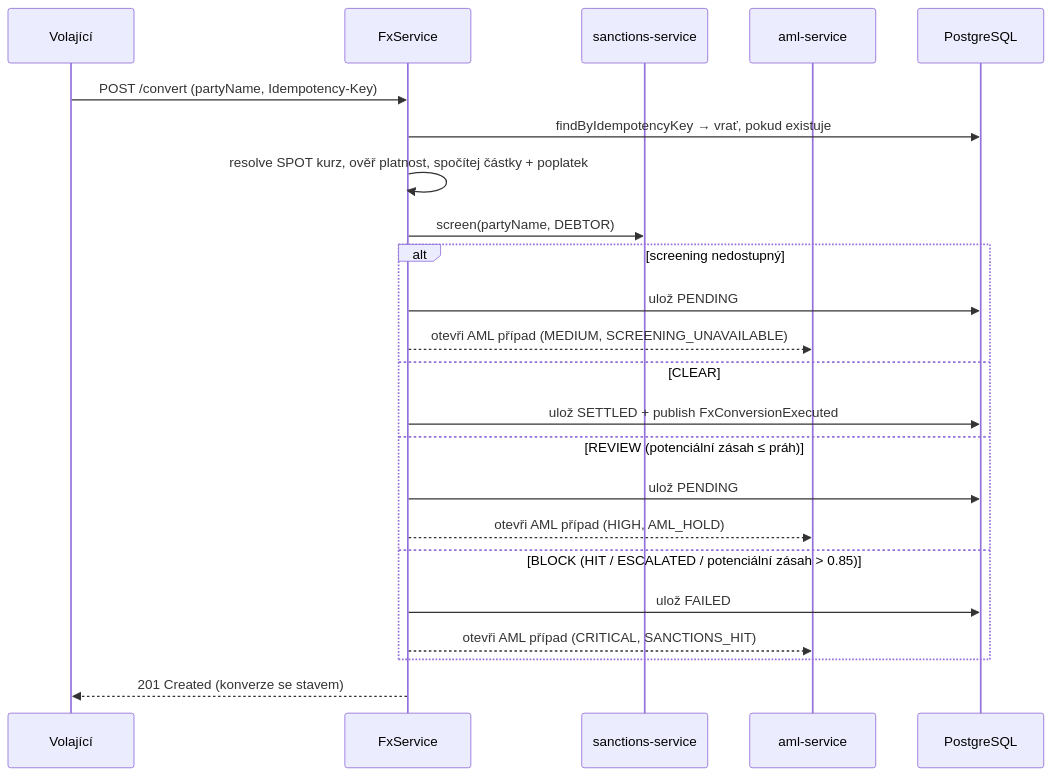
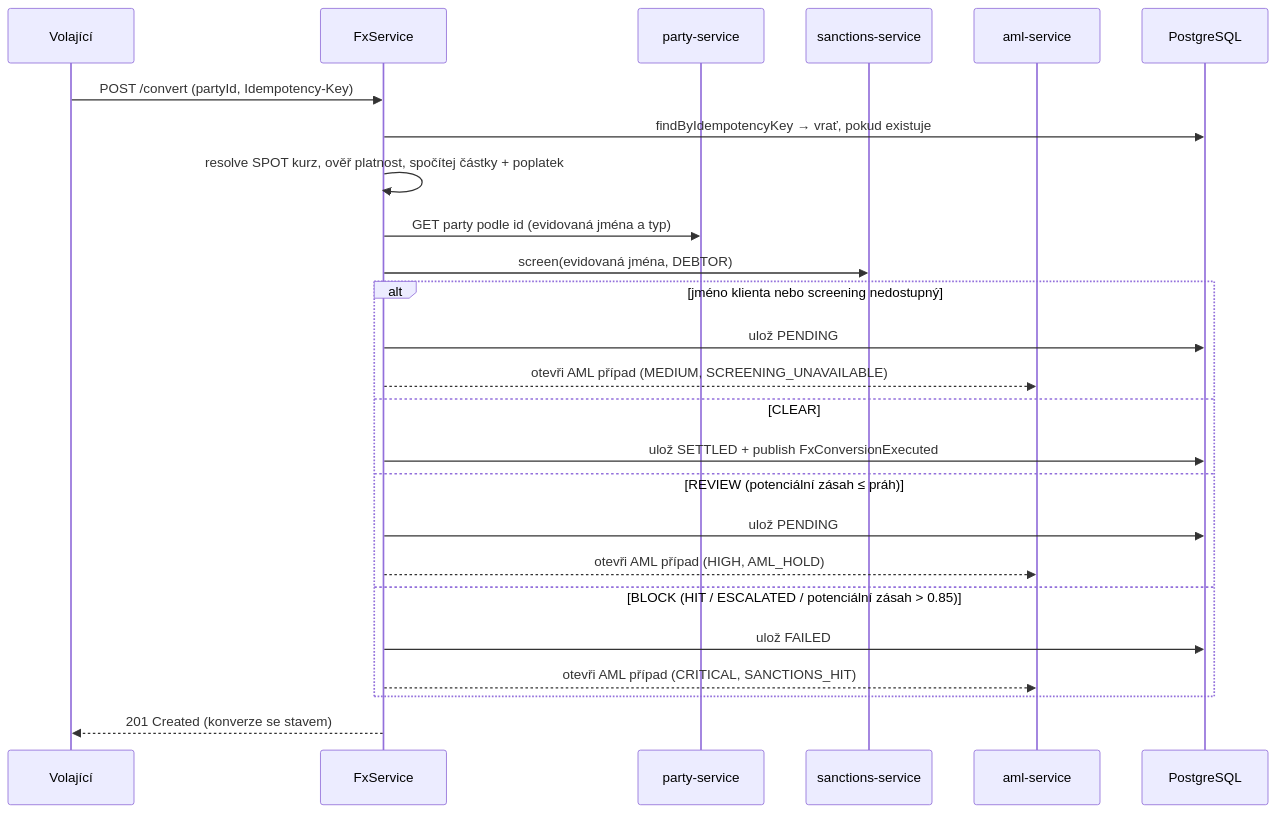
Before and after one commit to JiRaska/open-bank-oss: the third of 4 diagrams in openbank-fx-service/src/main/resources/docs/02-architecture.cs.md, drawn with Mermaid. The commit also changed 27 other files, not shown here.

First line of the commit message:
fix(fx): screen the names the bank holds on the convert path, not the caller's

````diff
--- a/openbank-fx-service/src/main/resources/docs/02-architecture.cs.md
+++ b/openbank-fx-service/src/main/resources/docs/02-architecture.cs.md
@@ -89,26 +89,28 @@
 ```mermaid
 sequenceDiagram
   participant C as Volající
   participant FX as FxService
+  participant P as party-service
   participant S as sanctions-service
   participant A as aml-service
   participant DB as PostgreSQL
 
-  C->>FX: POST /convert (partyName, Idempotency-Key)
+  C->>FX: POST /convert (partyId, Idempotency-Key)
   FX->>DB: findByIdempotencyKey → vrať, pokud existuje
   FX->>FX: resolve SPOT kurz, ověř platnost, spočítej částky + poplatek
-  FX->>S: screen(partyName, DEBTOR)
-  alt screening nedostupný
+  FX->>P: GET party podle id (evidovaná jména a typ)
+  FX->>S: screen(evidovaná jména, DEBTOR)
+  alt jméno klienta nebo screening nedostupný
     FX->>DB: ulož PENDING
     FX-->>A: otevři AML případ (MEDIUM, SCREENING_UNAVAILABLE)
   else CLEAR
     FX->>DB: ulož SETTLED + publish FxConversionExecuted
   else REVIEW (potenciální zásah ≤ práh)
     FX->>DB: ulož PENDING
     FX-->>A: otevři AML případ (HIGH, AML_HOLD)
   else BLOCK (HIT / ESCALATED / potenciální zásah > 0.85)
     FX->>DB: ulož FAILED
     FX-->>A: otevři AML případ (CRITICAL, SANCTIONS_HIT)
   end
   FX-->>C: 201 Created (konverze se stavem)
 ```
````
